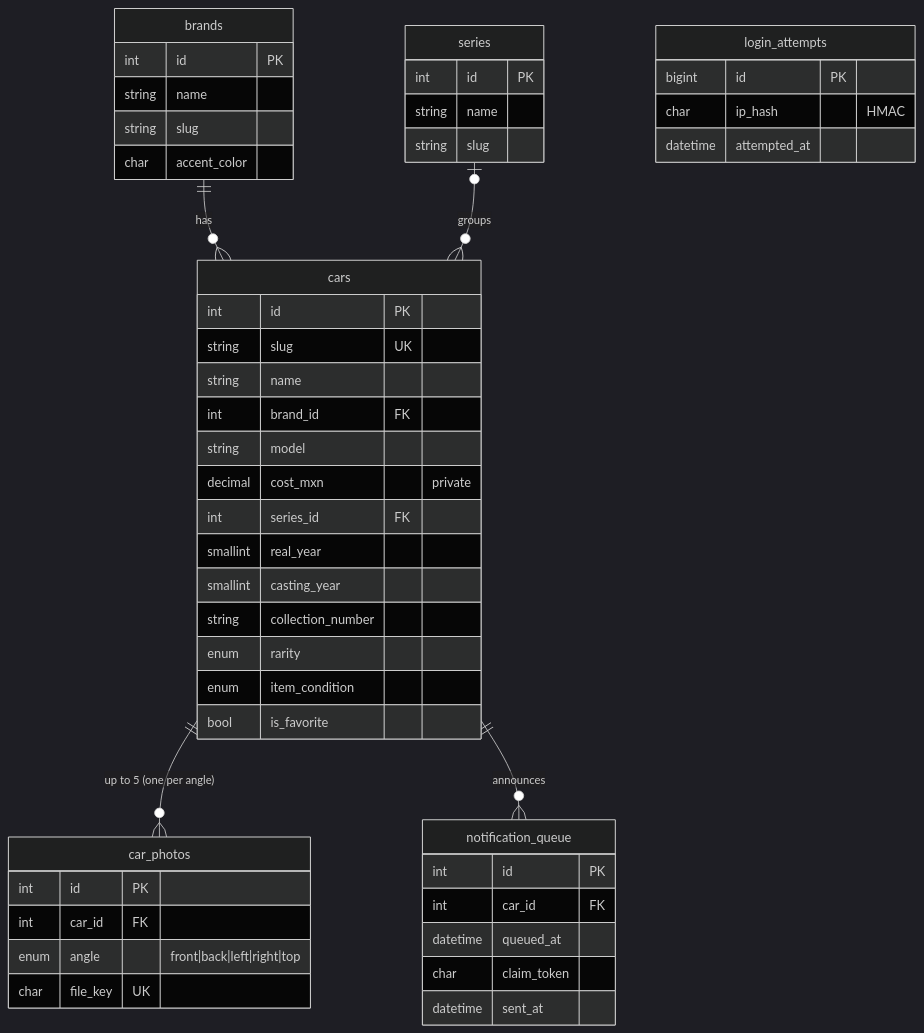
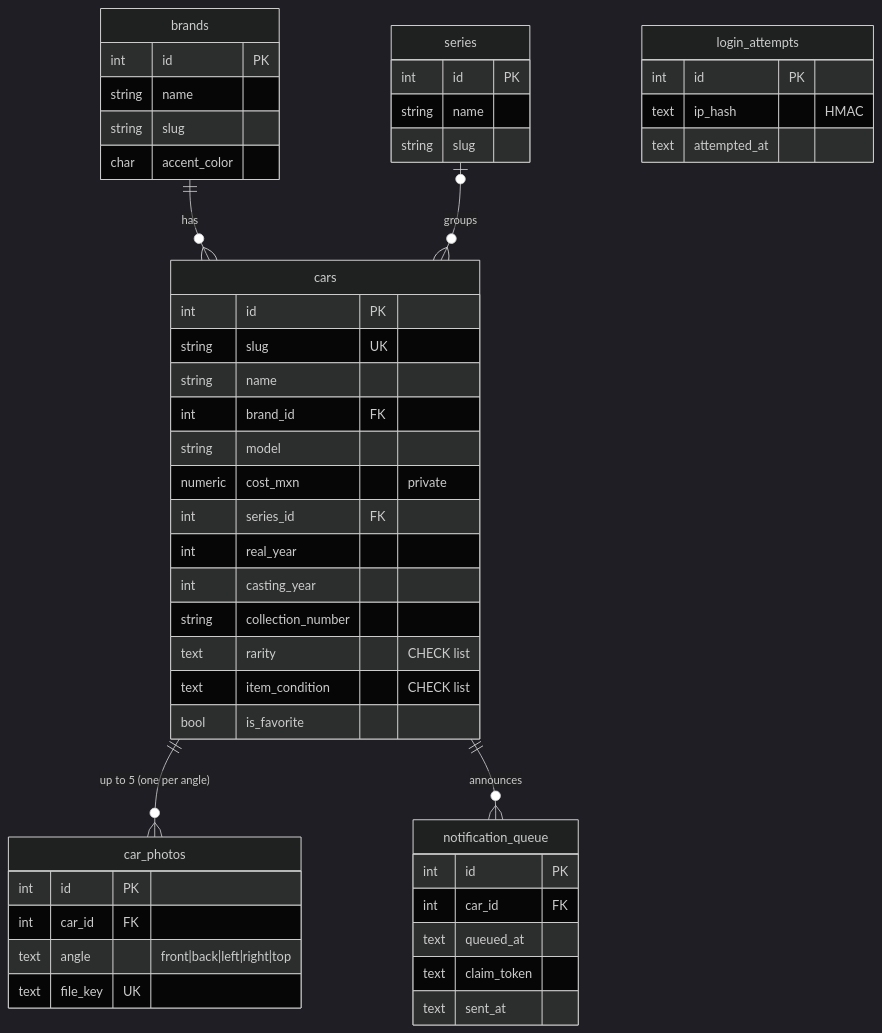
The second of 2 diagrams in README.md (sammyrobin/garage), drawn with Mermaid (dark theme) before and after one commit. The commit also changed other lines of this file and 31 other files, not shown here.

````diff
--- a/README.md
+++ b/README.md
@@ -110,27 +111,27 @@
 ```mermaid
 erDiagram
     brands ||--o{ cars : has
     series |o--o{ cars : groups
     cars ||--o{ car_photos : "up to 5 (one per angle)"
     cars ||--o{ notification_queue : announces
     brands { int id PK  string name  string slug  char accent_color }
     series { int id PK  string name  string slug }
     cars {
         int id PK
         string slug UK
         string name
         int brand_id FK
         string model
-        decimal cost_mxn "private"
+        numeric cost_mxn "private"
         int series_id FK
-        smallint real_year
-        smallint casting_year
+        int real_year
+        int casting_year
         string collection_number
-        enum rarity
-        enum item_condition
+        text rarity "CHECK list"
+        text item_condition "CHECK list"
         bool is_favorite
     }
-    car_photos { int id PK  int car_id FK  enum angle "front|back|left|right|top"  char file_key UK }
-    notification_queue { int id PK  int car_id FK  datetime queued_at  char claim_token  datetime sent_at }
-    login_attempts { bigint id PK  char ip_hash "HMAC"  datetime attempted_at }
+    car_photos { int id PK  int car_id FK  text angle "front|back|left|right|top"  text file_key UK }
+    notification_queue { int id PK  int car_id FK  text queued_at  text claim_token  text sent_at }
+    login_attempts { int id PK  text ip_hash "HMAC"  text attempted_at }
 ```
````
